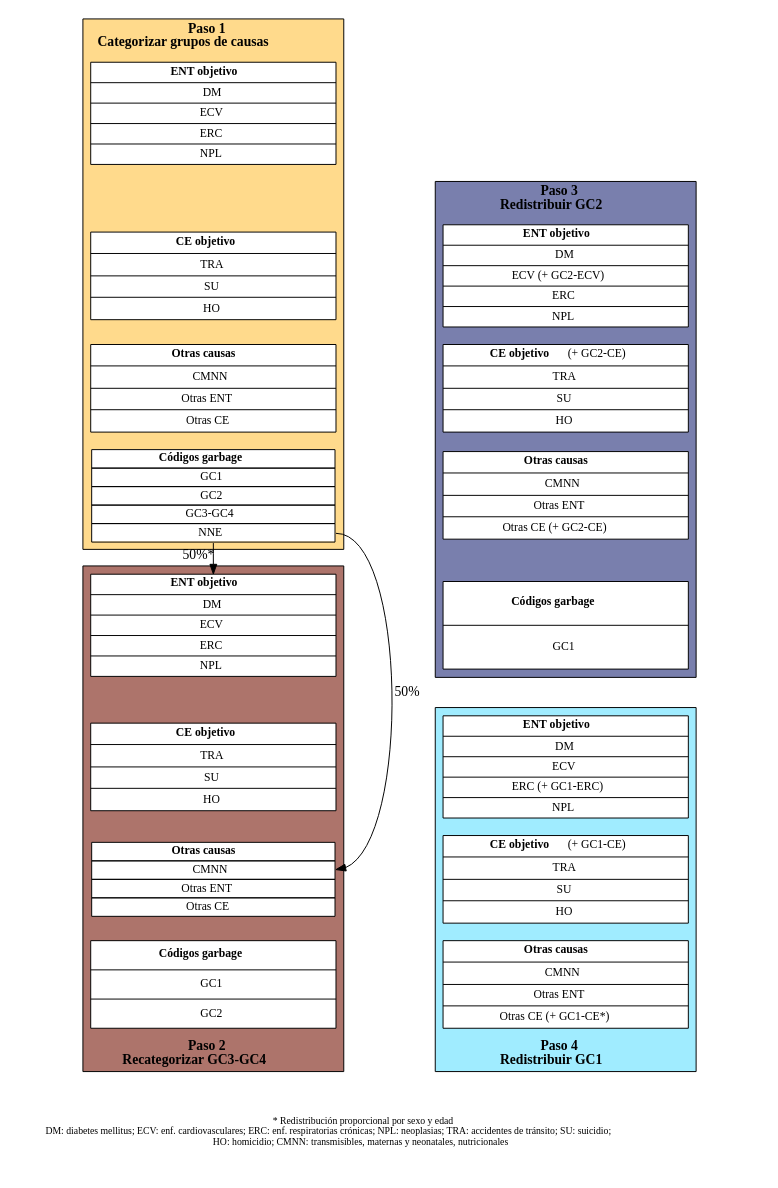
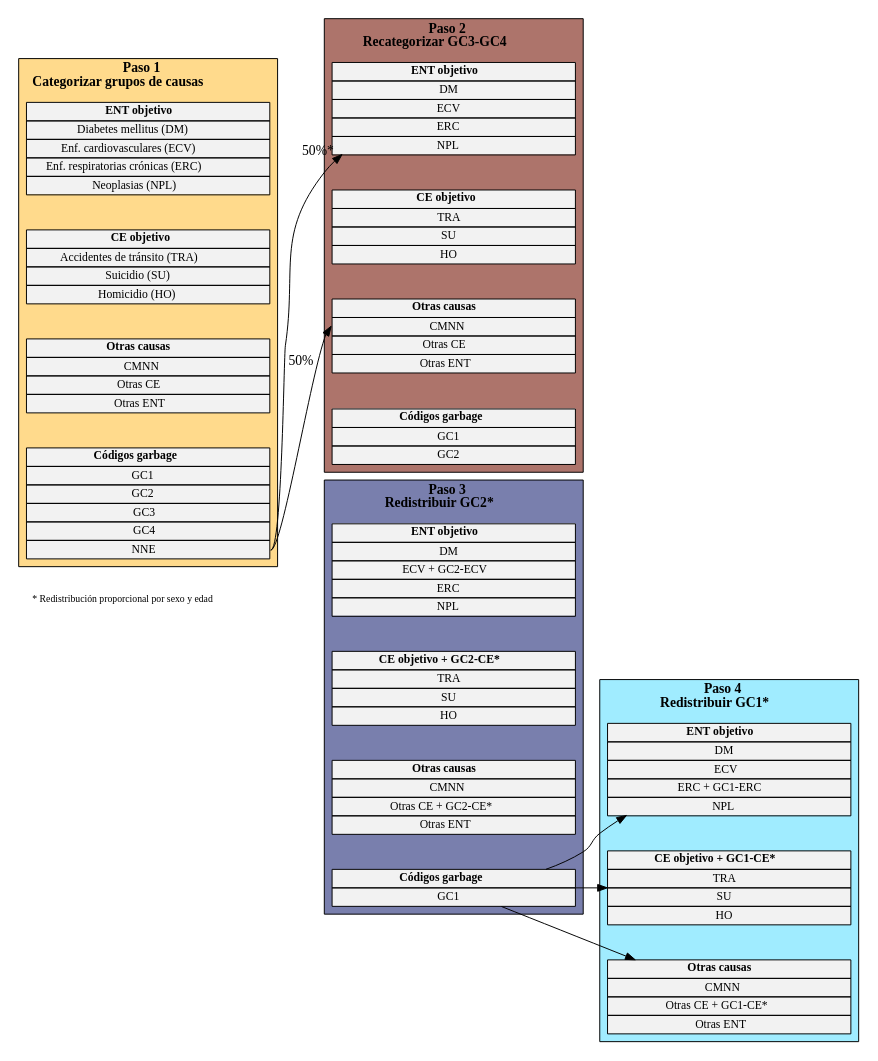
The diagram in script_figura1.qmd (datos-ine/recod_GC), drawn with Graphviz before and after one commit. The commit also changed 24 other files, not shown here.

````diff
--- a/script_figura1.qmd
+++ b/script_figura1.qmd
@@ -6,133 +6,339 @@
 ```{dot}
 //| id: Figura S1
+//| fig-width: 8
+//| fig-height: 5
 digraph G {
+  rankdir=LR
  graph[
   fontsize = 14
   fontname="Times-Roman"
   style = filled
   nodesep=.5
-  ranksep=.05
+  ranksep=.15
+  compound=true
  ]
 
  node[
-  shape = record
+  shape = plain
   style = filled
-  fillcolor="white"
+  fillcolor="grey95"
   fontsize = 12
   fontname="Times-Roman"
-  width=3.5
-  height=1.25
+  width=3.25
  ]
+
  subgraph cluster_paso1{
   label = <<b>Paso 1<br/> Categorizar grupos de causas</b>>
   fillcolor="#FFCE66BF" 
 
-  ent1[label = <{<b>ENT objetivo</b>|DM|ECV|ERC|NPL}>]
-  ce1[label = <{<b>CE objetivo</b>|TRA|SU|HO}>]
-  otras1[label = <{<b>Otras causas</b>|CMNN|Otras ENT|Otras CE}>]
-  gc1 [
-  shape=plain
-label=<
-<TABLE BORDER="0" CELLBORDER="1" CELLSPACING="0">
-  <TR>
-    <TD WIDTH="250"><B>Códigos garbage</B></TD>
-  </TR>
-  <TR>
-    <TD>GC1</TD>
-  </TR>
-  <TR>
-    <TD>GC2</TD>
-  </TR>
-  <TR>
-    <TD>GC3-GC4</TD>
-  </TR>
-  <TR>
-    <TD PORT="nne">NNE</TD>
-  </TR>
-</TABLE>
->
-]
+  ent1[label = <
+  <table border="0" cellborder = "1" cellspacing  ="0">
+  <tr>
+  <td width="250"><b>ENT objetivo</b></td>
+  </tr>
+  <tr>
+  <td> Diabetes mellitus (DM) </td>
+  </tr>
+  <tr>
+  <td> Enf. cardiovasculares (ECV) </td>
+  </tr>
+  <tr>
+  <td> Enf. respiratorias crónicas (ERC) </td>
+  </tr>
+  <tr>
+  <td> Neoplasias (NPL) </td>
+  </tr>
+  </table>
+  >]
+
+  ce1[label = <
+  <table border="0" cellborder = "1" cellspacing  ="0">
+  <tr>
+  <td width="250"><b>CE objetivo</b></td>
+  </tr>
+  <tr>
+  <td> Accidentes de tránsito (TRA) </td>
+  </tr>
+  <tr>
+  <td> Suicidio (SU) </td>
+  </tr>
+  <tr>
+  <td> Homicidio (HO) </td>
+  </tr>
+  </table>
+  >]
+
+  otras1[label = <
+  <table border="0" cellborder = "1" cellspacing  ="0">
+  <tr>
+  <td width="250"><b>Otras causas</b></td>
+  </tr>
+  <tr>
+  <td> CMNN </td>
+  </tr>
+  <tr>
+  <td> Otras CE </td>
+  </tr>
+  <tr>
+  <td> Otras ENT</td>
+  </tr>
+  </table>
+  >]
+
+  gc1[label = <
+  <table border="0" cellborder = "1" cellspacing  ="0">
+  <tr>
+  <td width="250"><b>Códigos garbage</b></td>
+  </tr>
+  <tr>
+  <td> GC1 </td>
+  </tr>
+  <tr>
+  <td> GC2 </td>
+  </tr>
+  <tr>
+  <td> GC3</td>
+  </tr>
+  <tr>
+  <td> GC4</td>
+  </tr>
+  <tr>
+  <td port="nne"> NNE</td>
+  </tr>
+  </table>
+  >]
  }
 
  subgraph cluster_paso2{
   label = <<b>Paso 2<br/>Recategorizar GC3-GC4</b>>
   fillcolor="#92463ABF"
-  labelloc=b
-  ranksep=.1
+  // labelloc=b
+  
 
-  ent2[label = <{<b>ENT objetivo</b>|DM|ECV|ERC|NPL}>]
-  ce2[label = <{<b>CE objetivo</b>|TRA|SU|HO}>]
-  otras2 [
-  shape=plain
-label=<
-<TABLE BORDER="0" CELLBORDER="1" CELLSPACING="0">
-  <TR>
-    <TD WIDTH="250"><B>Otras causas</B></TD>
-  </TR>
-  <TR>
-    <TD PORT="cmnn">CMNN</TD>
-  </TR>
-  <TR>
-    <TD>Otras ENT</TD>
-  </TR>
-  <TR>
-    <TD>Otras CE</TD>
-  </TR>
-</TABLE>
->
-]
+ent2[label = <
+  <table border="0" cellborder = "1" cellspacing  ="0">
+  <tr>
+  <td width="250"><b>ENT objetivo</b></td>
+  </tr>
+  <tr>
+  <td> DM </td>
+  </tr>
+  <tr>
+  <td> ECV </td>
+  </tr>
+  <tr>
+  <td> ERC </td>
+  </tr>
+  <tr>
+  <td> NPL </td>
+  </tr>
+  </table>
+  >]
 
-  gc2[label=<{<b>Códigos garbage</b>|GC1|GC2}>]
+  ce2[label = <
+  <table border="0" cellborder = "1" cellspacing  ="0">
+  <tr>
+  <td width="250"><b>CE objetivo</b></td>
+  </tr>
+  <tr>
+  <td> TRA </td>
+  </tr>
+  <tr>
+  <td> SU </td>
+  </tr>
+  <tr>
+  <td> HO </td>
+  </tr>
+  </table>
+  >]
+
+  otras2[label = <
+  <table border="0" cellborder = "1" cellspacing  ="0">
+  <tr>
+  <td width="250"><b>Otras causas</b></td>
+  </tr>
+  <tr>
+  <td port = "cmnn"> CMNN </td>
+  </tr>
+  <tr>
+  <td> Otras CE </td>
+  </tr>
+  <tr>
+  <td> Otras ENT</td>
+  </tr>
+  </table>
+  >]
+
+gc2[label = <
+  <table border="0" cellborder = "1" cellspacing  ="0">
+  <tr>
+  <td width="250"><b>Códigos garbage</b></td>
+  </tr>
+  <tr>
+  <td> GC1 </td>
+  </tr>
+  <tr>
+  <td port="gc2"> GC2 </td>
+  </tr>
+  </table>
+  >]
 
  }
 
   subgraph cluster_paso3{
-  label = <<b>Paso 3<br/>Redistribuir GC2</b>>
+  label = <<b>Paso 3<br/>Redistribuir GC2*</b>>
   fillcolor="#4D5492BF"
 
-  ent3[label = <{<b>ENT objetivo</b>|DM|ECV (+ GC2-ECV)|ERC|NPL}>]
+  ent3[label = <
+  <table border="0" cellborder = "1" cellspacing  ="0">
+  <tr>
+  <td width="250"><b>ENT objetivo</b></td>
+  </tr>
+  <tr>
+  <td> DM </td>
+  </tr>
+  <tr>
+  <td> ECV + GC2-ECV</td>
+  </tr>
+  <tr>
+  <td> ERC </td>
+  </tr>
+  <tr>
+  <td> NPL </td>
+  </tr>
+  </table>
+  >]
 
-  ce3[label = <{<b>CE objetivo</b>  (+ GC2-CE)|TRA|SU|HO}>]
+  ce3[label = <
+  <table border="0" cellborder = "1" cellspacing  ="0">
+  <tr>
+  <td width="250"><b>CE objetivo + GC2-CE*</b></td>
+  </tr>
+  <tr>
+  <td> TRA </td>
+  </tr>
+  <tr>
+  <td> SU </td>
+  </tr>
+  <tr>
+  <td> HO </td>
+  </tr>
+  </table>
+  >]
 
-  otras3[label = <{<b>Otras causas</b>|CMNN|Otras ENT|Otras CE (+ GC2-CE)}>]
+  otras3[label = <
+  <table border="0" cellborder = "1" cellspacing  ="0">
+  <tr>
+  <td width="250"><b>Otras causas</b></td>
+  </tr>
+  <tr>
+  <td> CMNN </td>
+  </tr>
+  <tr>
+  <td> Otras CE + GC2-CE*</td>
+  </tr>
+  <tr>
+  <td> Otras ENT</td>
+  </tr>
+  </table>
+  >]
 
-  gc3[label=<{<b>Códigos garbage</b>|GC1}>]
+gc3[label = <
+  <table border="0" cellborder = "1" cellspacing  ="0">
+  <tr>
+  <td width="250"><b>Códigos garbage</b></td>
+  </tr>
+  <tr>
+  <td port="gc1"> GC1 </td>
+  </tr>
+  </table>
+  >]
+  }
 
- }
 
   subgraph cluster_paso4{
-  label = <<b>Paso 4<br/>Redistribuir GC1</b>>
+  label = <<b>Paso 4<br/>Redistribuir GC1*</b>>
   fillcolor= "#80E6FFBF"
-  labelloc=b
+  // labelloc=b
   
-  ent4[label = <{<b>ENT objetivo</b>|DM|ECV|ERC (+ GC1-ERC)|NPL}>]
+ent4[label = <
+  <table border="0" cellborder = "1" cellspacing  ="0">
+  <tr>
+  <td width="250"><b>ENT objetivo</b></td>
+  </tr>
+  <tr>
+  <td> DM </td>
+  </tr>
+  <tr>
+  <td> ECV</td>
+  </tr>
+  <tr>
+  <td> ERC + GC1-ERC</td>
+  </tr>
+  <tr>
+  <td> NPL </td>
+  </tr>
+  </table>
+  >]
 
-  ce4[label = <{<b>CE objetivo</b>  (+ GC1-CE)|TRA|SU|HO}>]
+  ce4[label = <
+  <table border="0" cellborder = "1" cellspacing  ="0">
+  <tr>
+  <td width="250"><b>CE objetivo + GC1-CE*</b></td>
+  </tr>
+  <tr>
+  <td> TRA </td>
+  </tr>
+  <tr>
+  <td> SU </td>
+  </tr>
+  <tr>
+  <td> HO </td>
+  </tr>
+  </table>
+  >]
 
-  otras4[label = <{<b>Otras causas</b>|CMNN|Otras ENT|Otras CE (+ GC1-CE*)}>]
+  otras4[label = <
+  <table border="0" cellborder = "1" cellspacing  ="0">
+  <tr>
+  <td width="250"><b>Otras causas</b></td>
+  </tr>
+  <tr>
+  <td port = "cmnn"> CMNN </td>
+  </tr>
+  <tr>
+  <td> Otras CE + GC1-CE*</td>
+  </tr>
+  <tr>
+  <td> Otras ENT</td>
+  </tr>
+  </table>
+  >]
 
  }
 
   t1[
-        label=<* Redistribución proporcional por sexo y edad <br/>
-            DM: diabetes mellitus; ECV: enf. cardiovasculares; ERC: enf. respiratorias crónicas; NPL: neoplasias; TRA: accidentes de tránsito; SU: suicidio; <br/> 
-            HO: homicidio; CMNN: transmisibles, maternas y neonatales, nutricionales>
-        shape=plaintext
+        label=<* Redistribución proporcional por sexo y edad <br/>>
+        shape=plain
+        fillcolor="none"
     fontsize=10
   nojustify=true
     width=10
         ]
 
-         ent1 ->ce1 -> otras1 -> gc1  -> ent2 -> ce2 -> otras2 -> gc2 -> t1[style=invis weight=100]
 
-         ent3 -> ce3 -> otras3 -> gc3 -> ent4 -> ce4 -> otras4 -> t1 [style=invis weight=100]
+gc1:nne -> ent2 [
+         headlabel="50%*"
+         labelangle=-50 
+         labeldistance=2.5
+         ]
+gc1:nne -> otras2:cmnn[label="50%" constraint=false]
 
-         gc1:nne -> ent2 [
-         taillabel="50%*"
-         labelangle=-50 
-         labeldistance=2
-         ]
+gc1 -> ent3 [style="invis"] 
 
-         gc1:nne -> otras2:cmnn [label="50%"]
- }
+gc3:gc -> {ent4:ent ce4:ce otras4:otras}
+
+gc3 -> t1 [style="invis" constraint=false] 
+
+}
 ```
````
